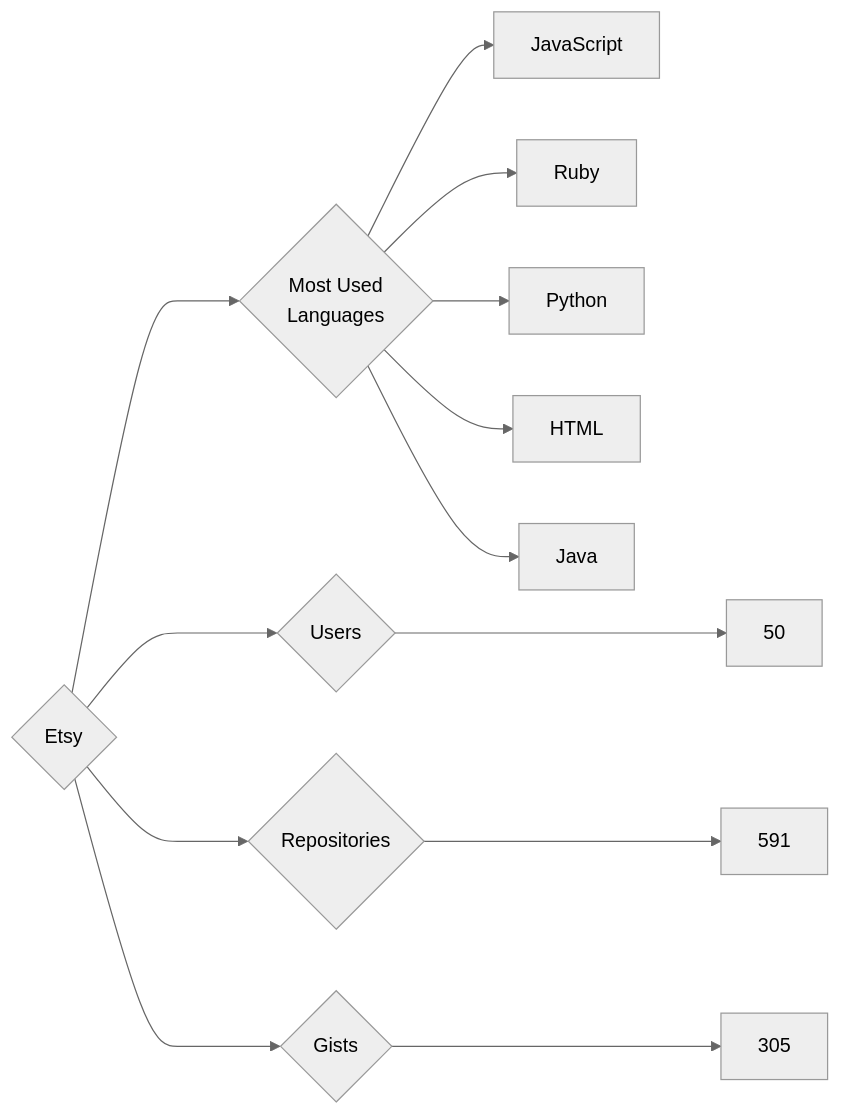
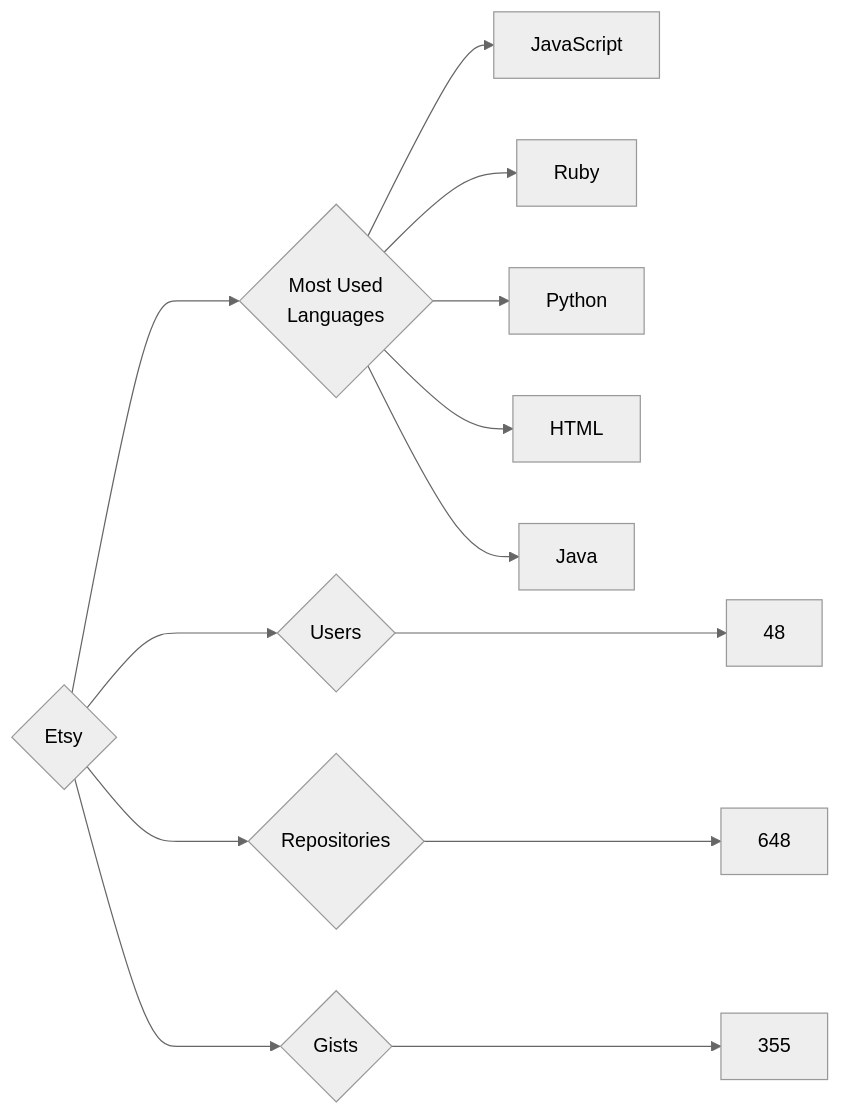
The diagram in targets/Etsy/README.md (trickest/insiders), drawn with Mermaid (neutral theme) before and after one commit. The commit also changed 750 other files, not shown here.

````diff
--- a/targets/Etsy/README.md
+++ b/targets/Etsy/README.md
@@ -3,13 +3,13 @@
 ```mermaid
 graph LR
 COMPANY_NAME{Etsy}
-COMPANY_NAME ---> U{Users} ---> UN[50]
-COMPANY_NAME ---> R{Repositories} ---> RN[591]
-COMPANY_NAME ---> G{Gists} ---> GN[305]
+COMPANY_NAME ---> U{Users} ---> UN[48]
+COMPANY_NAME ---> R{Repositories} ---> RN[648]
+COMPANY_NAME ---> G{Gists} ---> GN[355]
 COMPANY_NAME ---> ML{Most Used<br>Languages}
 ML --> JavaScript[JavaScript]
 ML --> Ruby[Ruby]
 ML --> Python[Python]
 ML --> HTML[HTML]
 ML --> Java[Java]
 ```
````
